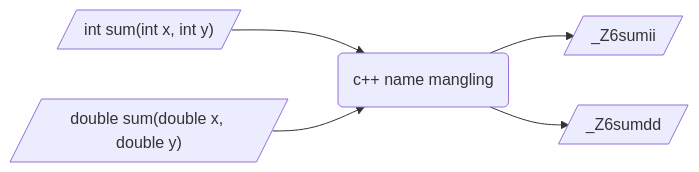
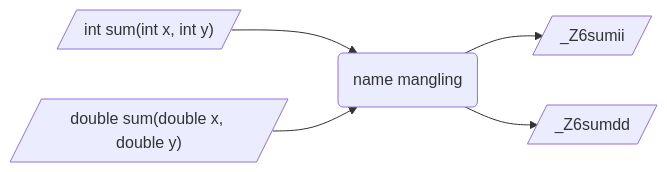
The diagram in _posts/c_c++/c++/2024-11-07-name mangling.md (dmjcb/dmjcb.github.io), drawn with Mermaid before and after one commit. The commit also changed other lines of this file and 22 other files, not shown here.

````diff
--- a/_posts/c_c++/c++/2024-11-07-name mangling.md
+++ b/_posts/c_c++/c++/2024-11-07-name mangling.md
@@ -17,11 +19,11 @@
 ```mermaid
 graph LR;
     A[/"int sum(int x, int y)"/]
     A1[/"_Z6sumii"/]
     B[/"double sum(double x, double y)"/]
     B1[/"_Z6sumdd"/]
-    C(c++ name mangling)
+    C(name mangling)
 
     A-->C-->A1
     B-->C-->B1
 ```
````
